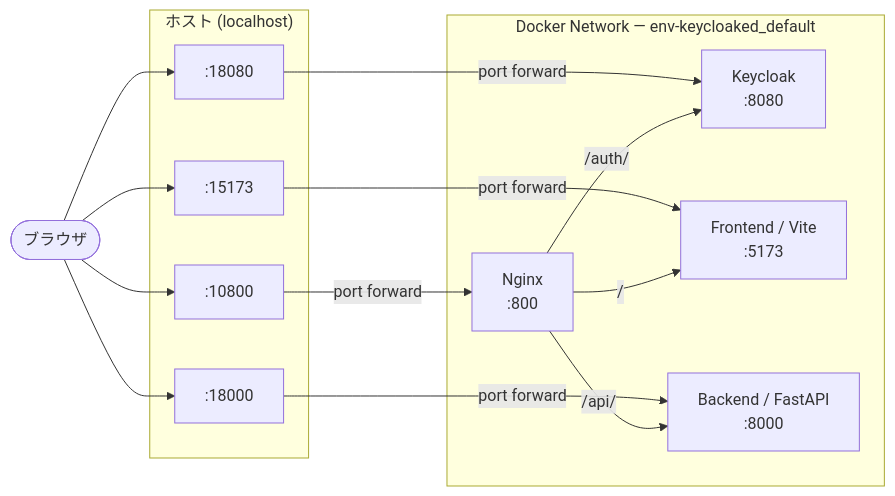
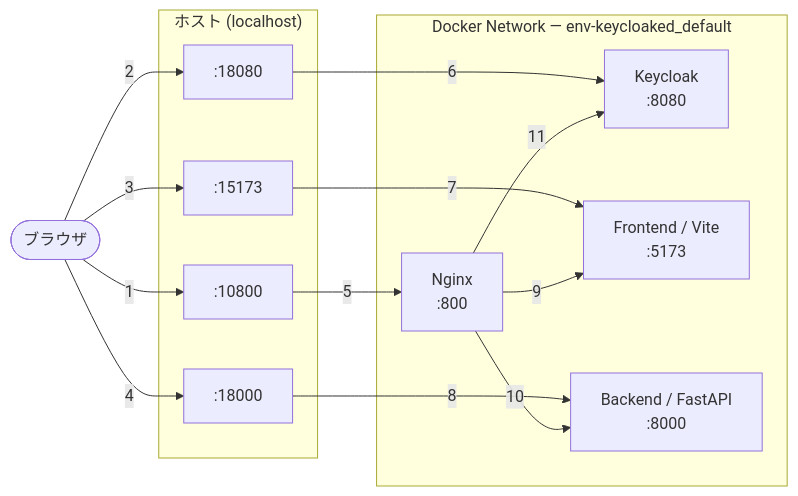
One commit to makoto-udemy/env-keycloaked changed the diagram in README.md. Above: the diagram before and after it, drawn with Mermaid. The commit also changed 1 other file, not shown here.

Commit message:
Clarify service check routes

````diff
--- a/README.md
+++ b/README.md
@@ -23,29 +23,32 @@
 ```mermaid
 graph LR
   Browser(["ブラウザ"])
 
   subgraph Host["ホスト (localhost)"]
     H1[":10800"]
     H2[":18080"]
     H3[":15173"]
     H4[":18000"]
   end
 
   subgraph Network["Docker Network — env-keycloaked_default"]
     Nginx["Nginx\n:800"]
     Keycloak["Keycloak\n:8080"]
     Frontend["Frontend / Vite\n:5173"]
     Backend["Backend / FastAPI\n:8000"]
   end
 
-  Browser --> H1 & H2 & H3 & H4
+  Browser -->|"1"| H1
+  Browser -->|"2"| H2
+  Browser -->|"3"| H3
+  Browser -->|"4"| H4
 
-  H1 -->|"port forward"| Nginx
-  H2 -->|"port forward"| Keycloak
-  H3 -->|"port forward"| Frontend
-  H4 -->|"port forward"| Backend
+  H1 -->|"5"| Nginx
+  H2 -->|"6"| Keycloak
+  H3 -->|"7"| Frontend
+  H4 -->|"8"| Backend
 
-  Nginx -->|"/"| Frontend
-  Nginx -->|"/api/"| Backend
-  Nginx -->|"/auth/"| Keycloak
+  Nginx -->|"9"| Frontend
+  Nginx -->|"10"| Backend
+  Nginx -->|"11"| Keycloak
 ```
````
